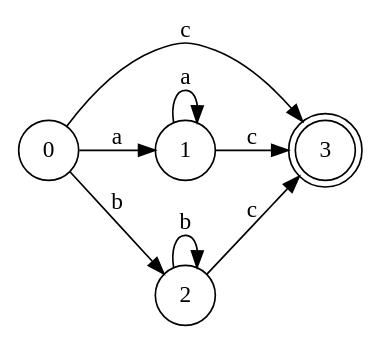
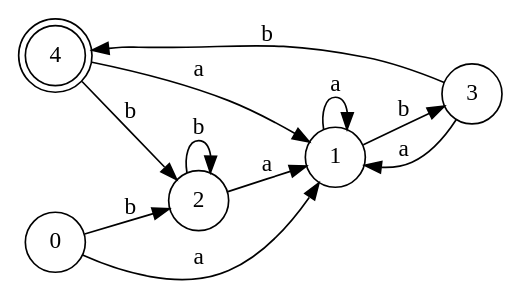
The diagram in fsam.gv (gusta257/Compis1), drawn with Graphviz before and after one commit. The commit also changed 8 other files, not shown here.

```diff
--- a/fsam.gv
+++ b/fsam.gv
@@ -1,19 +1,25 @@
 digraph finite_state_machine {
 	rankdir=LR size="8,5"
 	node [shape=doublecircle]
-	3
+	4
 	node [shape=circle]
 	0 -> 1 [label=a]
 	node [shape=circle]
 	0 -> 2 [label=b]
 	node [shape=circle]
-	0 -> 3 [label=c]
-	node [shape=circle]
 	1 -> 1 [label=a]
 	node [shape=circle]
-	1 -> 3 [label=c]
+	1 -> 3 [label=b]
+	node [shape=circle]
+	2 -> 1 [label=a]
 	node [shape=circle]
 	2 -> 2 [label=b]
 	node [shape=circle]
-	2 -> 3 [label=c]
+	3 -> 1 [label=a]
+	node [shape=circle]
+	3 -> 4 [label=b]
+	node [shape=circle]
+	4 -> 1 [label=a]
+	node [shape=circle]
+	4 -> 2 [label=b]
 }
```
